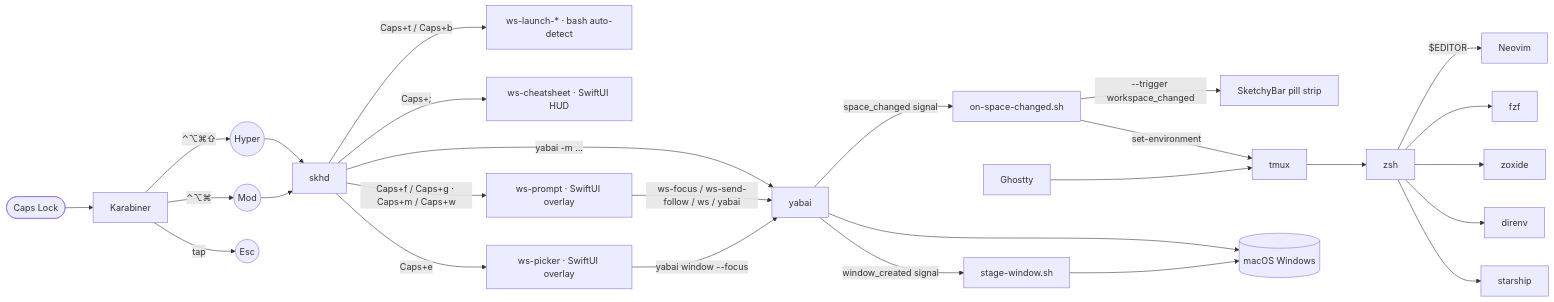
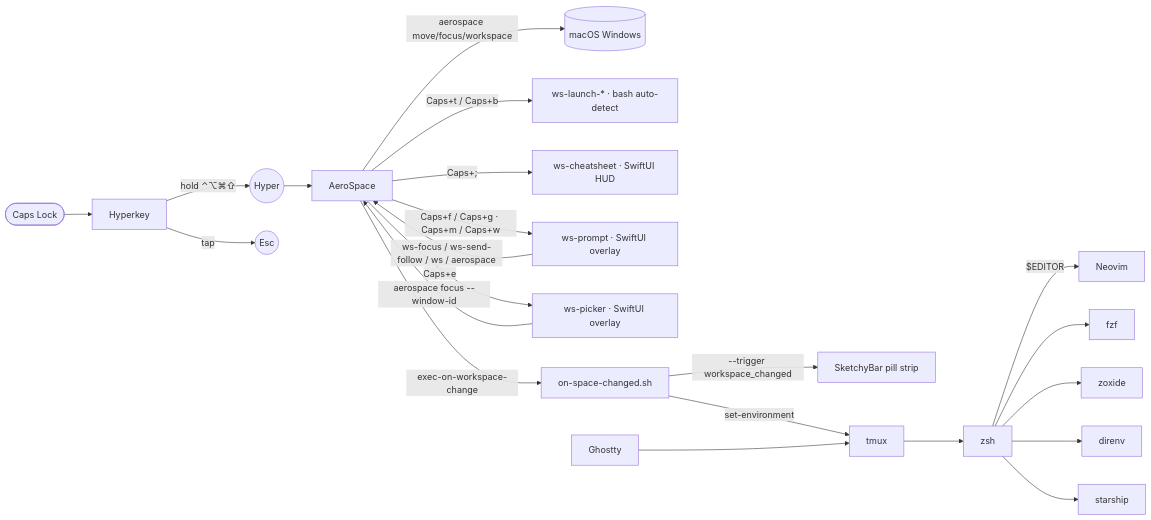
One commit to adames/dotfiles changed the diagram in docs/architecture.md. Above: the diagram before and after it, drawn with Mermaid. The commit also changed other lines of this file and 11 other files, not shown here.

````diff
--- a/docs/architecture.md
+++ b/docs/architecture.md
@@ -31,29 +32,23 @@
 ```mermaid
 graph LR
-  CapsLock([Caps Lock]) --> Karabiner
-  Karabiner -->|"⌃⌥⌘⇧"| Hyper((Hyper))
-  Karabiner -->|"⌃⌥⌘"| Mod((Mod))
-  Karabiner -->|tap| Esc((Esc))
+  CapsLock([Caps Lock]) --> Hyperkey
+  Hyperkey -->|hold ⌃⌥⌘⇧| Hyper((Hyper))
+  Hyperkey -->|tap| Esc((Esc))
 
-  Hyper --> skhd
-  Mod --> skhd
-  skhd -->|"yabai -m ..."| yabai
-  skhd -->|Caps+t / Caps+b| Launchers[ws-launch-* · bash auto-detect]
-  skhd -->|Caps+;| WSCheatsheet[ws-cheatsheet · SwiftUI HUD]
-  skhd -->|Caps+f / Caps+g · Caps+m / Caps+w| WSPrompt[ws-prompt · SwiftUI overlay]
-  skhd -->|Caps+e| WSPicker[ws-picker · SwiftUI overlay]
-  WSPrompt -->|ws-focus / ws-send-follow / ws / yabai| yabai
-  WSPicker -->|yabai window --focus| yabai
-  yabai -->|window_created signal| WSStage[stage-window.sh]
-  yabai -->|space_changed signal| WorkspaceHandler[on-space-changed.sh]
+  Hyper --> AeroSpace
+  AeroSpace -->|aerospace move/focus/workspace| Windows[(macOS Windows)]
+  AeroSpace -->|Caps+t / Caps+b| Launchers[ws-launch-* · bash auto-detect]
+  AeroSpace -->|Caps+;| WSCheatsheet[ws-cheatsheet · SwiftUI HUD]
+  AeroSpace -->|Caps+f / Caps+g · Caps+m / Caps+w| WSPrompt[ws-prompt · SwiftUI overlay]
+  AeroSpace -->|Caps+e| WSPicker[ws-picker · SwiftUI overlay]
+  WSPrompt -->|ws-focus / ws-send-follow / ws / aerospace| AeroSpace
+  WSPicker -->|aerospace focus --window-id| AeroSpace
+  AeroSpace -->|exec-on-workspace-change| WorkspaceHandler[on-space-changed.sh]
   WorkspaceHandler -->|--trigger workspace_changed| SketchyBar[SketchyBar pill strip]
   WorkspaceHandler -->|set-environment| tmux
-
-  yabai --> Windows[(macOS Windows)]
-  WSStage --> Windows
 
   Ghostty --> tmux
   tmux --> zsh
   zsh -->|"$EDITOR"| Neovim
   zsh --> fzf & zoxide & direnv & starship
 ```
````
